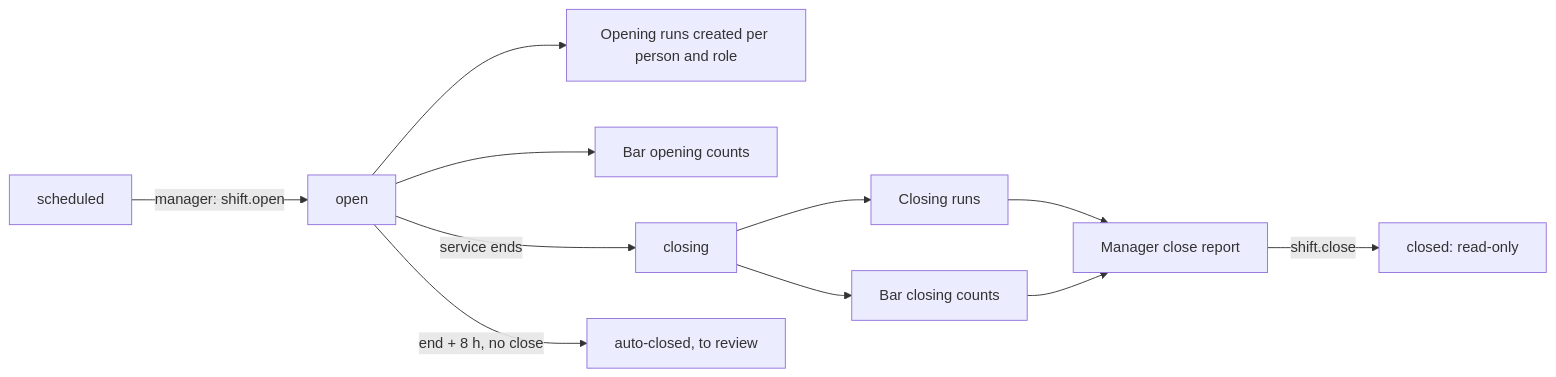
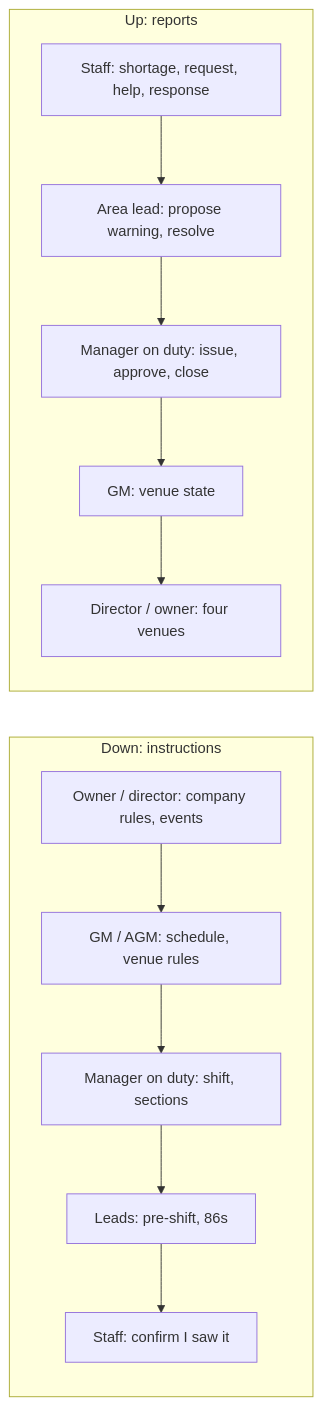
Before and after one commit to fclaiba/TheFirstHospitalityGroup: the second of 12 diagrams in docs/BLUEPRINT.md, drawn with Mermaid. The commit also changed other lines of this file and 61 other files, not shown here.

````diff
--- a/docs/BLUEPRINT.md
+++ b/docs/BLUEPRINT.md
@@ -168,13 +151,15 @@
 ```mermaid
 flowchart LR
-  S[scheduled] -->|manager: shift.open| O[open]
-  O --> R1[Opening runs created per person and role]
-  O --> I1[Bar opening counts]
-  O -->|service ends| C[closing]
-  C --> R2[Closing runs]
-  C --> I2[Bar closing counts]
-  R2 --> F[Manager close report]
-  I2 --> F
-  F -->|shift.close| X[closed: read-only]
-  O -->|end + 8 h, no close| A[auto-closed, to review]
+  subgraph DOWN["Down: instructions"]
+    O1[Owner / director: company rules, events] --> G1[GM / AGM: schedule, venue rules]
+    G1 --> M1[Manager on duty: shift, sections]
+    M1 --> L1[Leads: pre-shift, 86s]
+    L1 --> S1[Staff: confirm I saw it]
+  end
+  subgraph UP["Up: reports"]
+    S2[Staff: shortage, request, help, response] --> L2[Area lead: propose warning, resolve]
+    L2 --> M2[Manager on duty: issue, approve, close]
+    M2 --> G2[GM: venue state]
+    G2 --> O2[Director / owner: four venues]
+  end
 ```
````
